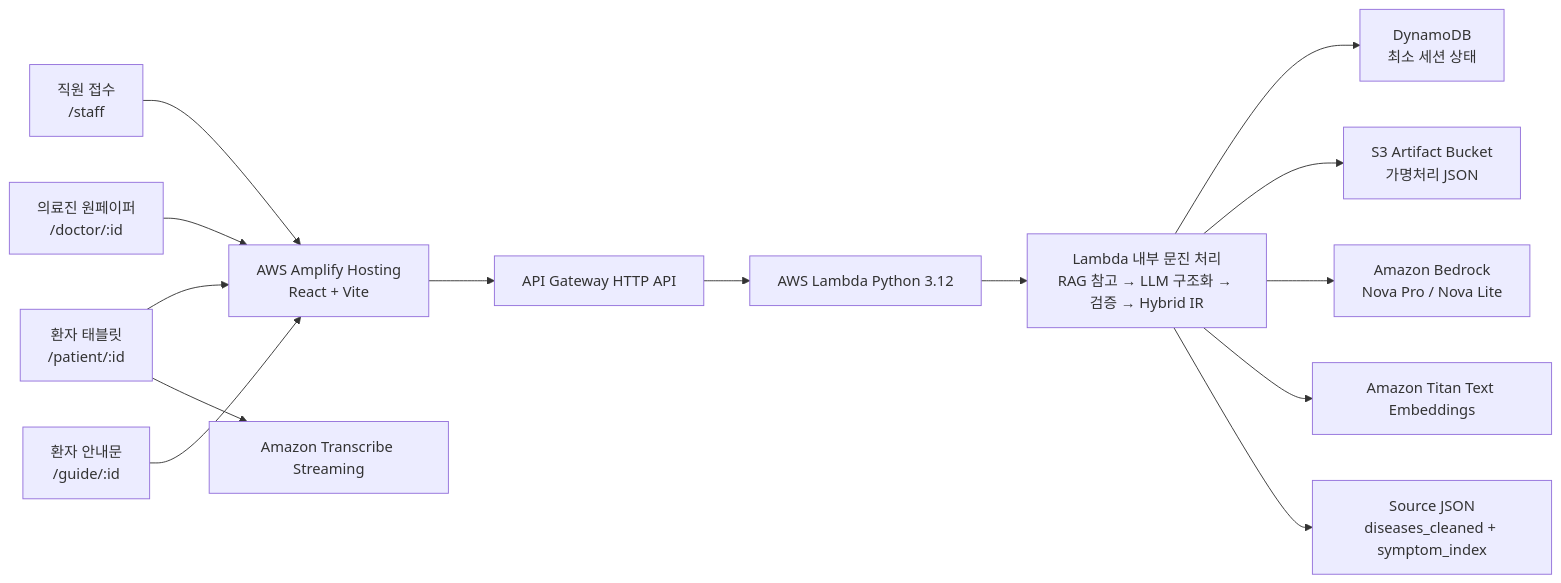
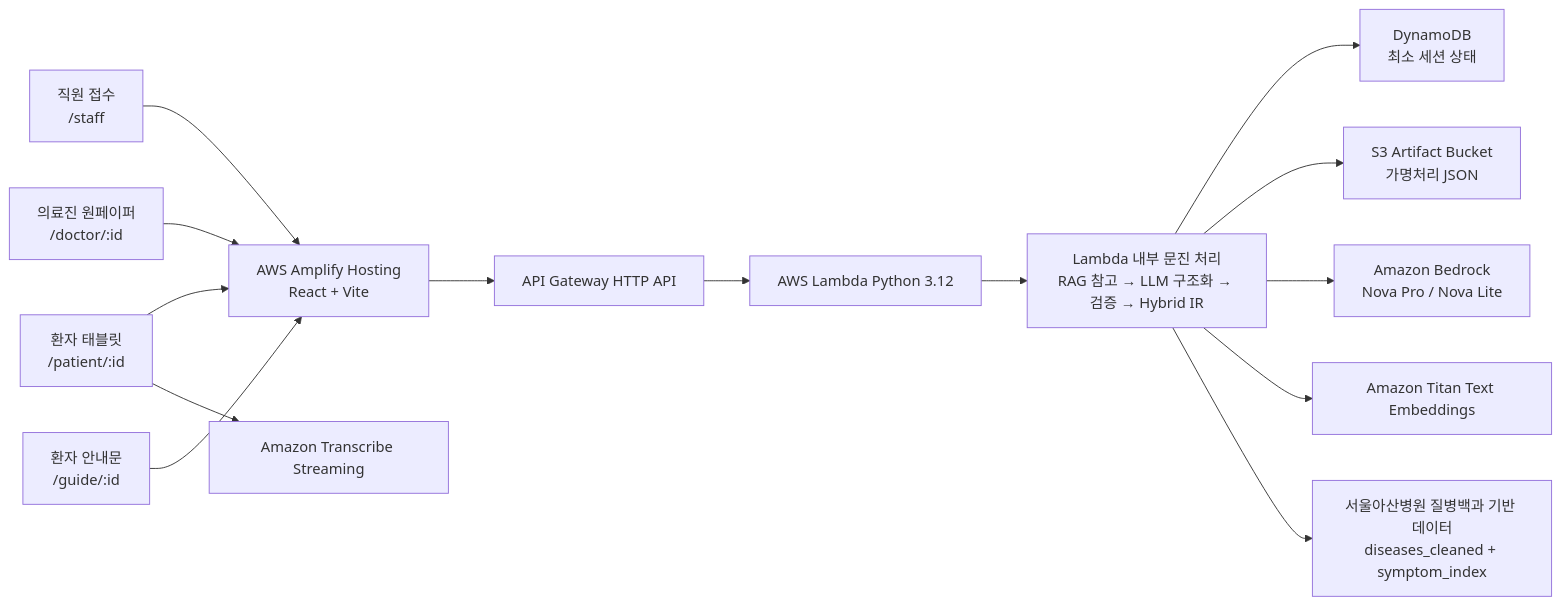
Before and after one commit to X-AI-KNU/munjin-talk-talk: the diagram in README.md, drawn with Mermaid. The commit also changed other lines of this file, not shown here.

````diff
--- a/README.md
+++ b/README.md
@@ -128,32 +128,32 @@
 ```mermaid
 flowchart LR
   Staff["직원 접수<br/>/staff"]
   Tablet["환자 태블릿<br/>/patient/:id"]
   Doctor["의료진 원페이퍼<br/>/doctor/:id"]
   Guide["환자 안내문<br/>/guide/:id"]
 
   Amplify["AWS Amplify Hosting<br/>React + Vite"]
   Api["API Gateway HTTP API"]
   Lambda["AWS Lambda Python 3.12"]
   Pipeline["Lambda 내부 문진 처리<br/>RAG 참고 → LLM 구조화 → 검증 → Hybrid IR"]
   Dynamo["DynamoDB<br/>최소 세션 상태"]
   S3["S3 Artifact Bucket<br/>가명처리 JSON"]
   Transcribe["Amazon Transcribe Streaming"]
   Bedrock["Amazon Bedrock<br/>Nova Pro / Nova Lite"]
   Titan["Amazon Titan Text Embeddings"]
-  SourceData["Source JSON<br/>diseases_cleaned + symptom_index"]
+  SourceData["서울아산병원 질병백과 기반 데이터<br/>diseases_cleaned + symptom_index"]
 
   Staff --> Amplify
   Tablet --> Amplify
   Doctor --> Amplify
   Guide --> Amplify
   Amplify --> Api
   Api --> Lambda
   Tablet --> Transcribe
   Lambda --> Pipeline
   Pipeline --> Dynamo
   Pipeline --> S3
   Pipeline --> Bedrock
   Pipeline --> Titan
   Pipeline --> SourceData
 ```
````
